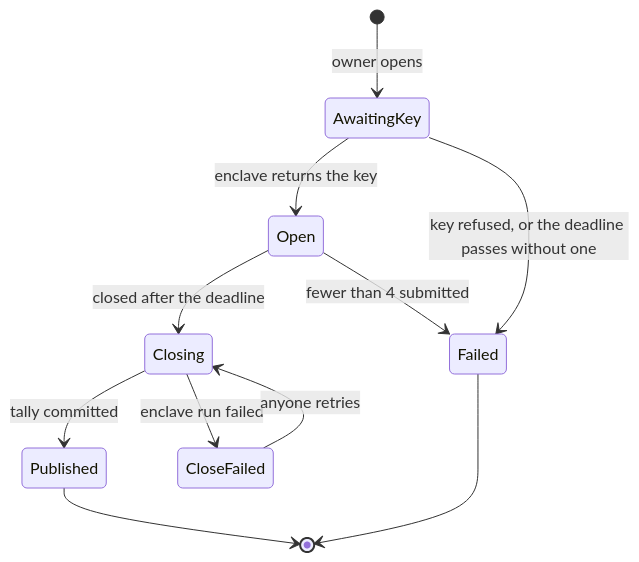
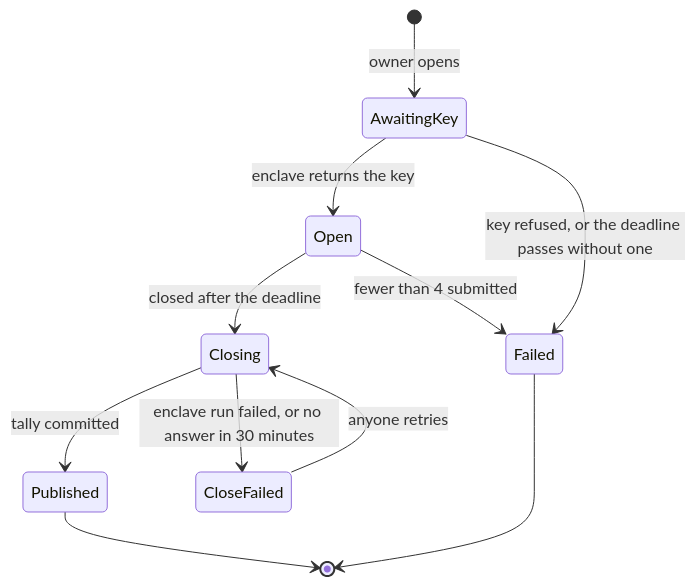
The third of 3 diagrams in README.md (Dami904/nema), drawn with Mermaid before and after one commit. The commit also changed other lines of this file and 13 other files, not shown here.

First line of the commit message:
Settle enclave calls that never answer, refuse duplicate reads, emit events

````diff
--- a/README.md
+++ b/README.md
@@ -285,13 +287,13 @@
 ```mermaid
 stateDiagram-v2
     [*] --> AwaitingKey: owner opens
     AwaitingKey --> Open: enclave returns the key
     AwaitingKey --> Failed: key refused, or the deadline passes without one
     Open --> Closing: closed after the deadline
     Open --> Failed: fewer than 4 submitted
     Closing --> Published: tally committed
-    Closing --> CloseFailed: enclave run failed
+    Closing --> CloseFailed: enclave run failed, or no answer in 30 minutes
     CloseFailed --> Closing: anyone retries
     Published --> [*]
     Failed --> [*]
 ```
````
